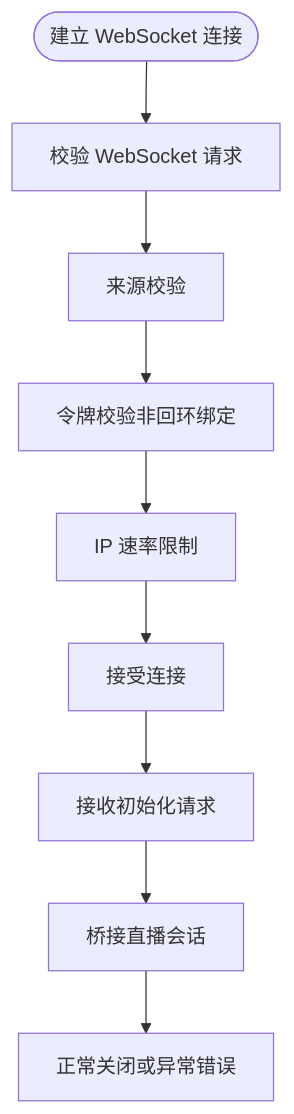
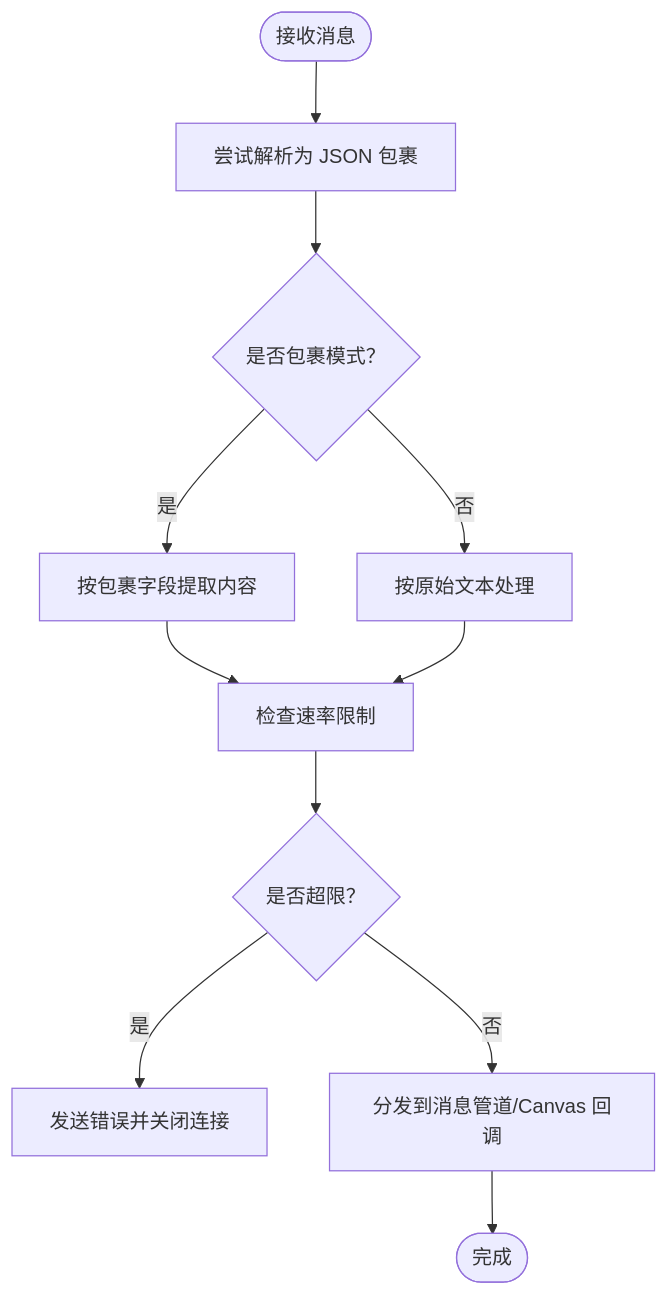
One commit to wayyet/kingcrab changed the third of 6 diagrams in .qoder/repowiki/zh/content/API 参考/API 参考.md. Above: the diagram before and after it, drawn with Mermaid. The commit also changed other lines of this file and 173 other files, not shown here.

````diff
--- a/.qoder/repowiki/zh/content/API 参考/API 参考.md
+++ b/.qoder/repowiki/zh/content/API 参考/API 参考.md
@@ -188,11 +152,13 @@
 ```mermaid
 flowchart TD
-Start(["建立 WebSocket 连接"]) --> CheckWS["校验 WebSocket 请求"]
-CheckWS --> Origin["来源校验"]
-Origin --> Token["令牌校验非回环绑定"]
-Token --> Rate["IP 速率限制"]
-Rate --> Accept["接受连接"]
-Accept --> RecvInit["接收初始化请求"]
-RecvInit --> Bridge["桥接直播会话"]
-Bridge --> Close["正常关闭或异常错误"]
+Start(["接收消息"]) --> Parse["尝试解析为 JSON 包裹"]
+Parse --> Mode{"是否包裹模式？"}
+Mode --> |否| Raw["按原始文本处理"]
+Mode --> |是| Envelope["按包裹字段提取内容"]
+Envelope --> Rate["检查速率限制"]
+Raw --> Rate
+Rate --> Over{"是否超限？"}
+Over --> |是| Close["发送错误并关闭连接"]
+Over --> |否| Dispatch["分发到消息管道/Canvas 回调"]
+Dispatch --> End(["完成"])
 ```
````
